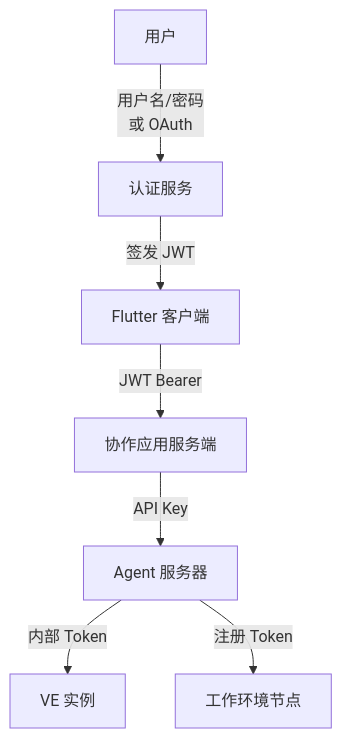
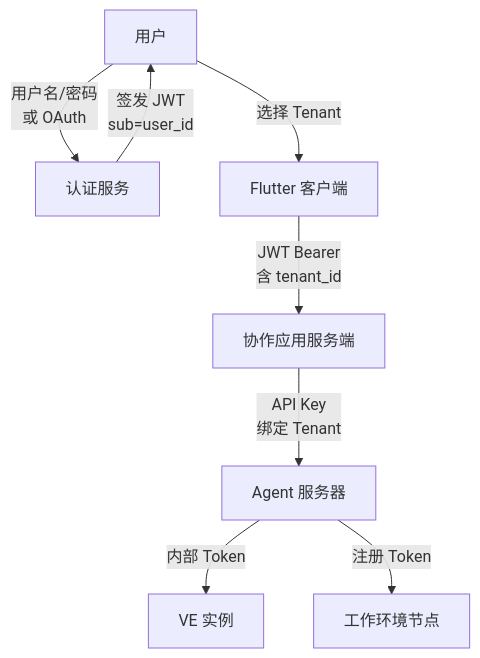
The first of 2 diagrams in virtual-team/src/12-security-and-isolation.md (chongyi/virtual-team-architecture), drawn with Mermaid before and after one commit. The commit also changed other lines of this file and 10 other files, not shown here.

First line of the commit message:
docs: introduce three-layer model (User → Tenant → Organization)

````diff
--- a/virtual-team/src/12-security-and-isolation.md
+++ b/virtual-team/src/12-security-and-isolation.md
@@ -79,10 +79,11 @@
 ```mermaid
 flowchart TD
     user[用户] -->|用户名/密码<br/>或 OAuth| authSvr[认证服务]
-    authSvr -->|签发 JWT| fe[Flutter 客户端]
-    fe -->|JWT Bearer| collabSvr[协作应用服务端]
+    authSvr -->|签发 JWT<br/>sub=user_id| user
+    user -->|选择 Tenant| fe[Flutter 客户端]
+    fe -->|JWT Bearer<br/>含 tenant_id| collabSvr[协作应用服务端]
 
-    collabSvr -->|API Key| agentSvr[Agent 服务器]
+    collabSvr -->|API Key<br/>绑定 Tenant| agentSvr[Agent 服务器]
     agentSvr -->|内部 Token| ve[VE 实例]
     agentSvr -->|注册 Token| wen[工作环境节点]
 ```
````
